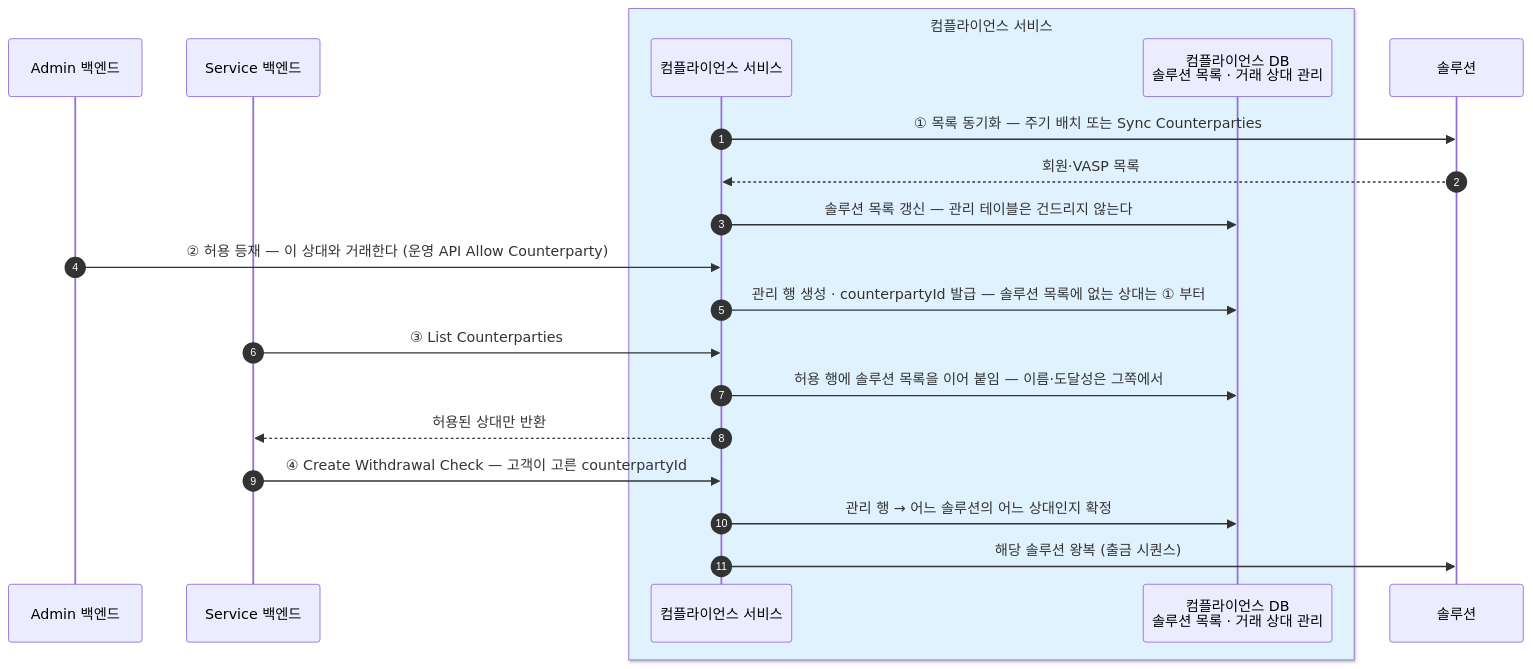
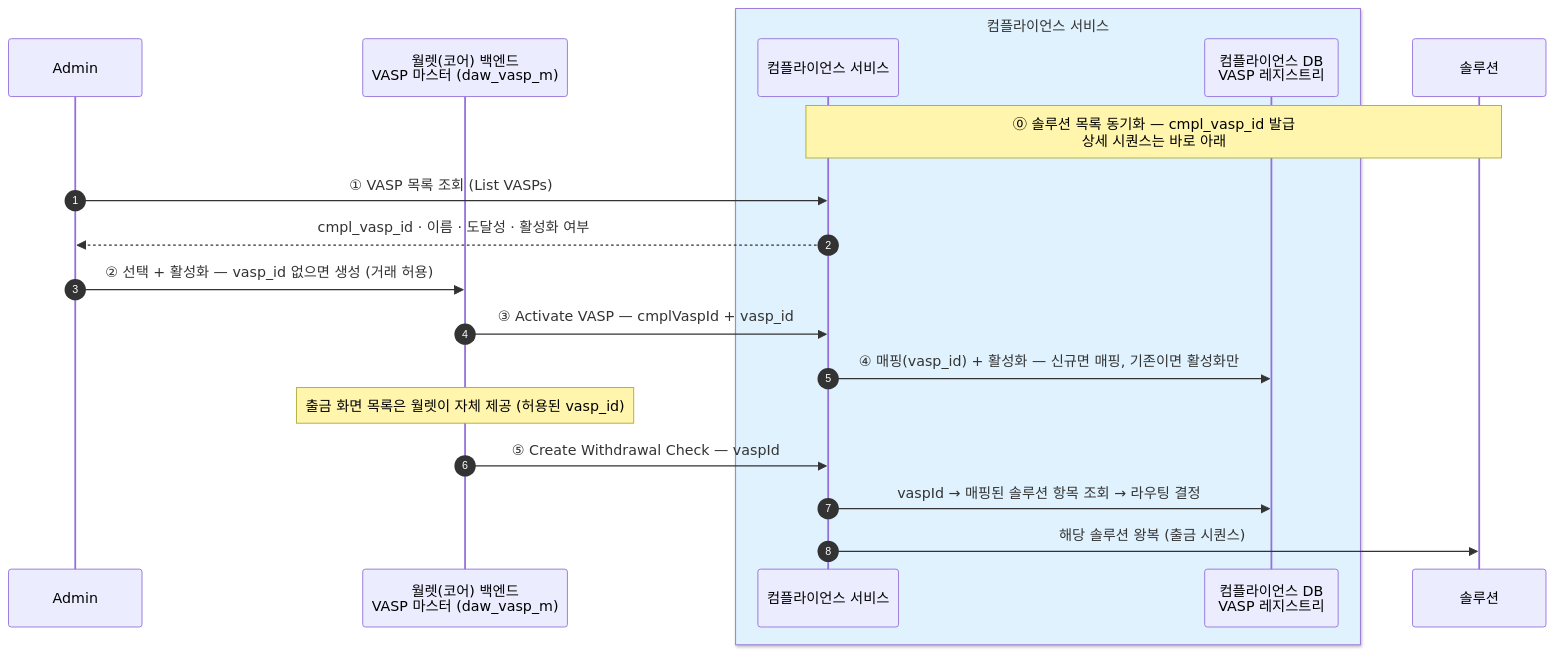
Before and after one commit to eunsujeo/eunpus: the first of 5 diagrams in blockchain-manager/docs/컴플라이언스/설계/01-interface.md, drawn with Mermaid. The commit also changed other lines of this file and 5 other files, not shown here.

First line of the commit message:
컴플라이언스 VASP — 코어 소유·명시적 온보딩 모델로 재편

````diff
--- a/blockchain-manager/docs/컴플라이언스/설계/01-interface.md
+++ b/blockchain-manager/docs/컴플라이언스/설계/01-interface.md
@@ -47,23 +48,22 @@
 ```mermaid
 sequenceDiagram
     autonumber
-    participant ADM as Admin 백엔드
-    participant BE as Service 백엔드
+    participant ADM as Admin
+    participant WB as 월렛(코어) 백엔드<br/>VASP 마스터 (daw_vasp_m)
     box rgb(224,242,254) 컴플라이언스 서비스
     participant CP as 컴플라이언스 서비스
-    participant CDB as 컴플라이언스 DB<br/>솔루션 목록 · 거래 상대 관리
+    participant CDB as 컴플라이언스 DB<br/>VASP 레지스트리
     end
     participant SOL as 솔루션
 
-    CP->>SOL: ① 목록 동기화 — 주기 배치 또는 Sync Counterparties
-    SOL-->>CP: 회원·VASP 목록
-    CP->>CDB: 솔루션 목록 갱신 — 관리 테이블은 건드리지 않는다
-    ADM->>CP: ② 허용 등재 — 이 상대와 거래한다 (운영 API Allow Counterparty)
-    CP->>CDB: 관리 행 생성 · counterpartyId 발급 — 솔루션 목록에 없는 상대는 ① 부터
-    BE->>CP: ③ List Counterparties
-    CP->>CDB: 허용 행에 솔루션 목록을 이어 붙임 — 이름·도달성은 그쪽에서
-    CP-->>BE: 허용된 상대만 반환
-    BE->>CP: ④ Create Withdrawal Check — 고객이 고른 counterpartyId
-    CP->>CDB: 관리 행 → 어느 솔루션의 어느 상대인지 확정
+    Note over CP,SOL: ⓪ 솔루션 목록 동기화 — cmpl_vasp_id 발급<br/>상세 시퀀스는 바로 아래
+    ADM->>CP: ① VASP 목록 조회 (List VASPs)
+    CP-->>ADM: cmpl_vasp_id · 이름 · 도달성 · 활성화 여부
+    ADM->>WB: ② 선택 + 활성화 — vasp_id 없으면 생성 (거래 허용)
+    WB->>CP: ③ Activate VASP — cmplVaspId + vasp_id
+    CP->>CDB: ④ 매핑(vasp_id) + 활성화 — 신규면 매핑, 기존이면 활성화만
+    Note over WB: 출금 화면 목록은 월렛이 자체 제공 (허용된 vasp_id)
+    WB->>CP: ⑤ Create Withdrawal Check — vaspId
+    CP->>CDB: vaspId → 매핑된 솔루션 항목 조회 → 라우팅 결정
     CP->>SOL: 해당 솔루션 왕복 (출금 시퀀스)
 ```
````
